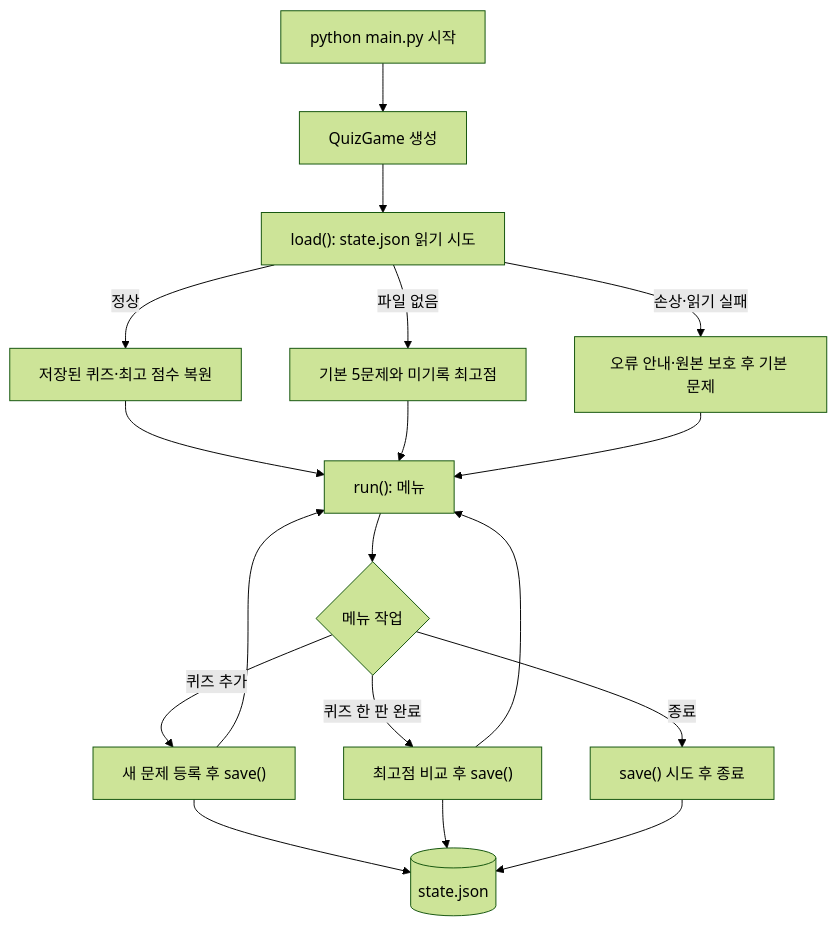
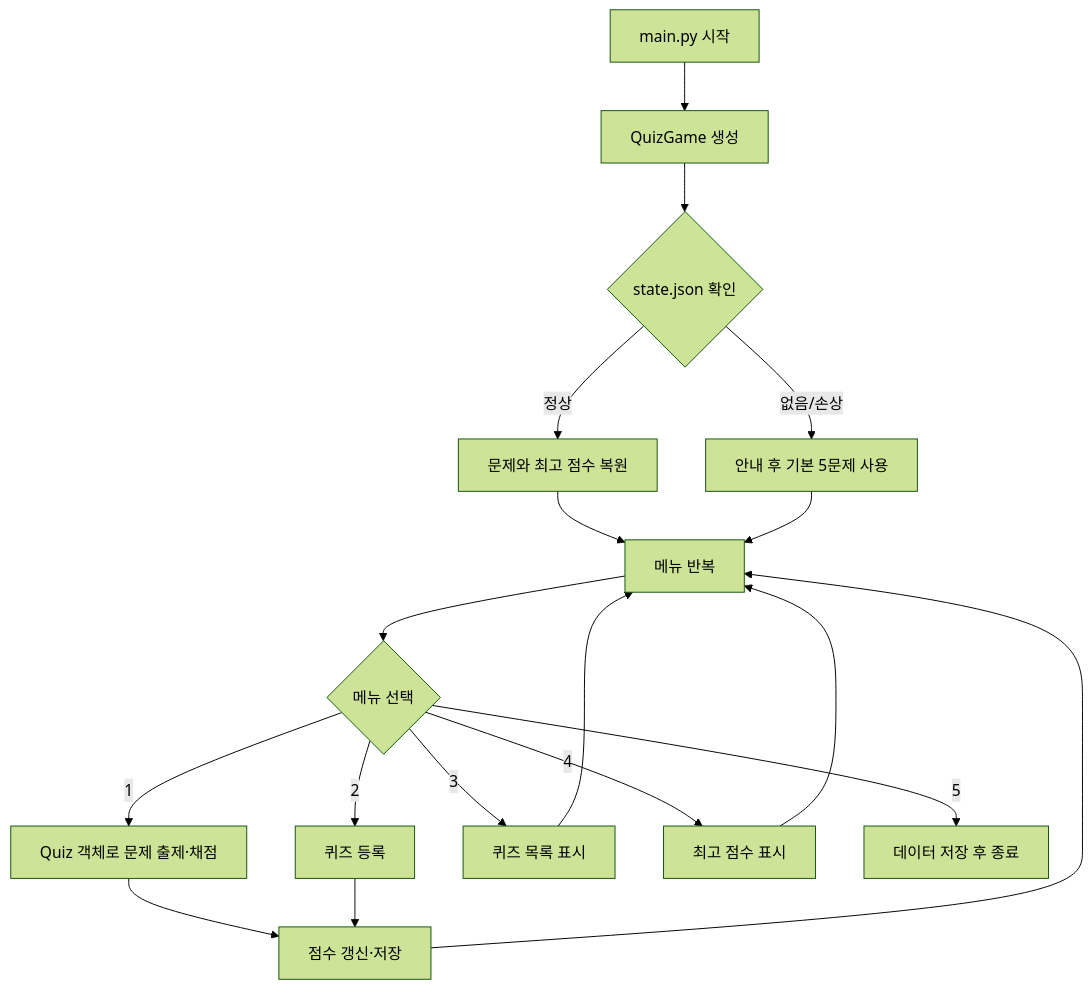
One commit to modoofighting/E1-2 changed the diagram in README.md. Above: the diagram before and after it, drawn with Mermaid (forest theme). The commit also changed other lines of this file and 8 other files, not shown here.

````diff
--- a/README.md
+++ b/README.md
@@ -807,20 +1139,20 @@
 ```mermaid
 flowchart TD
-    A["python main.py 시작"] --> B["QuizGame 생성"]
-    B --> C["load(): state.json 읽기 시도"]
-    C -->|정상| D["저장된 퀴즈·최고 점수 복원"]
-    C -->|파일 없음| E["기본 5문제와 미기록 최고점"]
-    C -->|손상·읽기 실패| F["오류 안내·원본 보호 후 기본 문제"]
-    D --> G["run(): 메뉴"]
-    E --> G
-    F --> G
-    G --> H{"메뉴 작업"}
-    H -->|퀴즈 추가| I["새 문제 등록 후 save()"]
-    H -->|퀴즈 한 판 완료| J["최고점 비교 후 save()"]
-    H -->|종료| K["save() 시도 후 종료"]
-    I --> L[("state.json")]
-    J --> L
-    K --> L
-    I --> G
-    J --> G
+    A[main.py 시작] --> B[QuizGame 생성]
+    B --> C{state.json 확인}
+    C -->|정상| D[문제와 최고 점수 복원]
+    C -->|없음/손상| E[안내 후 기본 5문제 사용]
+    D --> F[메뉴 반복]
+    E --> F
+    F --> G{메뉴 선택}
+    G -->|1| H[Quiz 객체로 문제 출제·채점]
+    G -->|2| I[퀴즈 등록]
+    G -->|3| J[퀴즈 목록 표시]
+    G -->|4| K[최고 점수 표시]
+    G -->|5| L[데이터 저장 후 종료]
+    H --> M[점수 갱신·저장]
+    I --> M
+    M --> F
+    J --> F
+    K --> F
 ```
````
